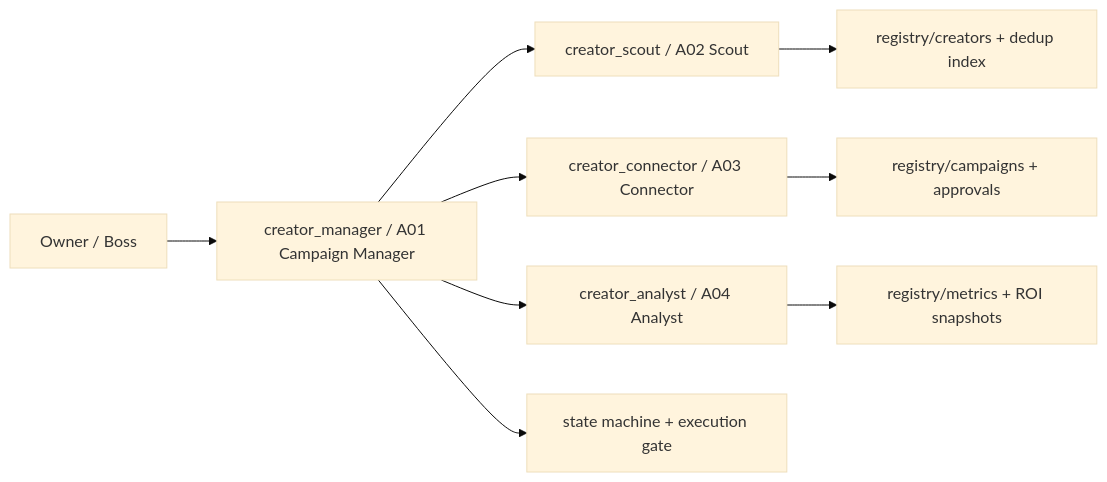
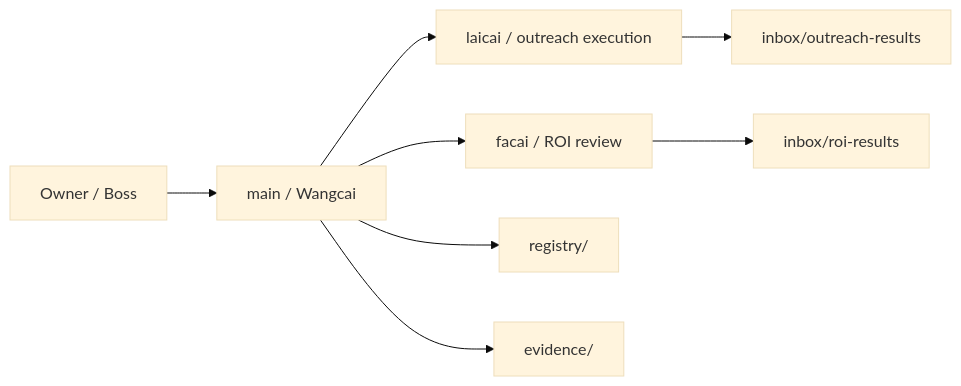
Before and after one commit to pengke531/openclaw-creator-outreach-opc-kit: the diagram in workspace/docs/architecture/creator-outreach-opc-architecture-v1.md, drawn with Mermaid (base theme). The commit also changed other lines of this file and 66 other files, not shown here.

Commit message:
Refactor to Wangcai-led two-layer architecture

````diff
--- a/workspace/docs/architecture/creator-outreach-opc-architecture-v1.md
+++ b/workspace/docs/architecture/creator-outreach-opc-architecture-v1.md
@@ -18,12 +13,10 @@
 ```mermaid
 flowchart LR
-  O["Owner / Boss"] --> M["creator_manager / A01 Campaign Manager"]
-  M --> S["creator_scout / A02 Scout"]
-  M --> C["creator_connector / A03 Connector"]
-  M --> A["creator_analyst / A04 Analyst"]
-
-  S --> R1["registry/creators + dedup index"]
-  C --> R2["registry/campaigns + approvals"]
-  A --> R3["registry/metrics + ROI snapshots"]
-  M --> R4["state machine + execution gate"]
+  O["Owner / Boss"] --> W["main / Wangcai"]
+  W --> L["laicai / outreach execution"]
+  W --> F["facai / ROI review"]
+  W --> R["registry/"]
+  W --> E["evidence/"]
+  L --> I1["inbox/outreach-results"]
+  F --> I2["inbox/roi-results"]
 ```
````
